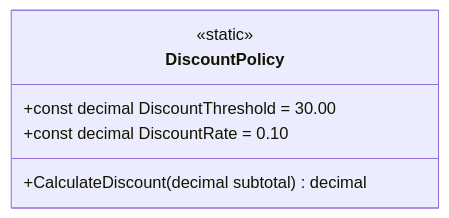
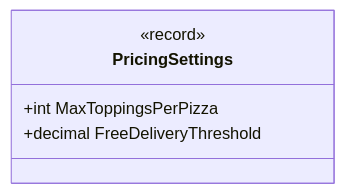
Before and after one commit to Timon-code95/PizzaShop: the tenth of 13 diagrams in docs/c4-model/04a-class-diagram-spiegazione.md, drawn with Mermaid. The commit also changed other lines of this file and 6 other files, not shown here.

````diff
--- a/docs/c4-model/04a-class-diagram-spiegazione.md
+++ b/docs/c4-model/04a-class-diagram-spiegazione.md
@@ -241,9 +325,8 @@
 ```mermaid
 classDiagram
-	class DiscountPolicy {
-		<<static>>
-		+const decimal DiscountThreshold = 30.00
-		+const decimal DiscountRate = 0.10
-		+CalculateDiscount(decimal subtotal) decimal
+	class PricingSettings {
+		<<record>>
+		+int MaxToppingsPerPizza
+		+decimal FreeDeliveryThreshold
 	}
 ```
````
